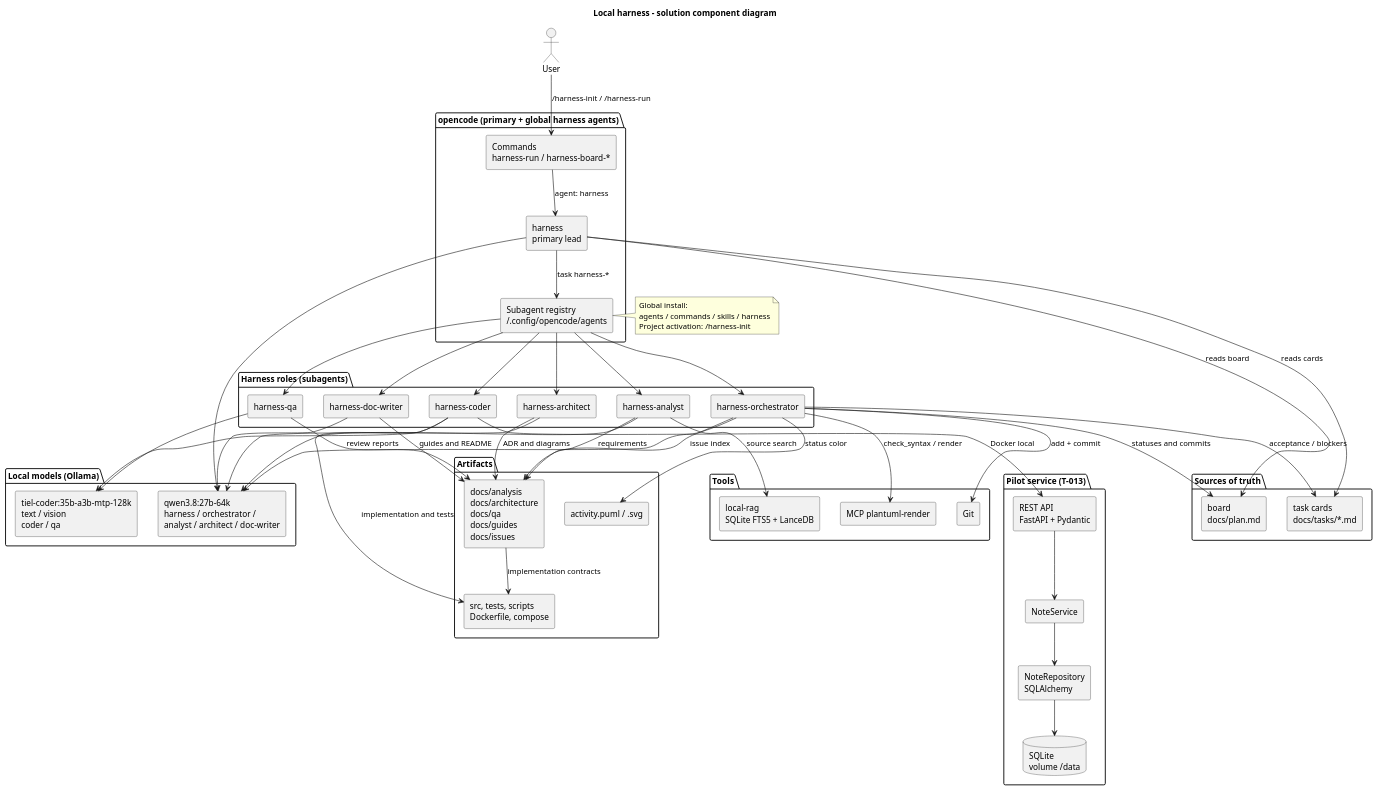
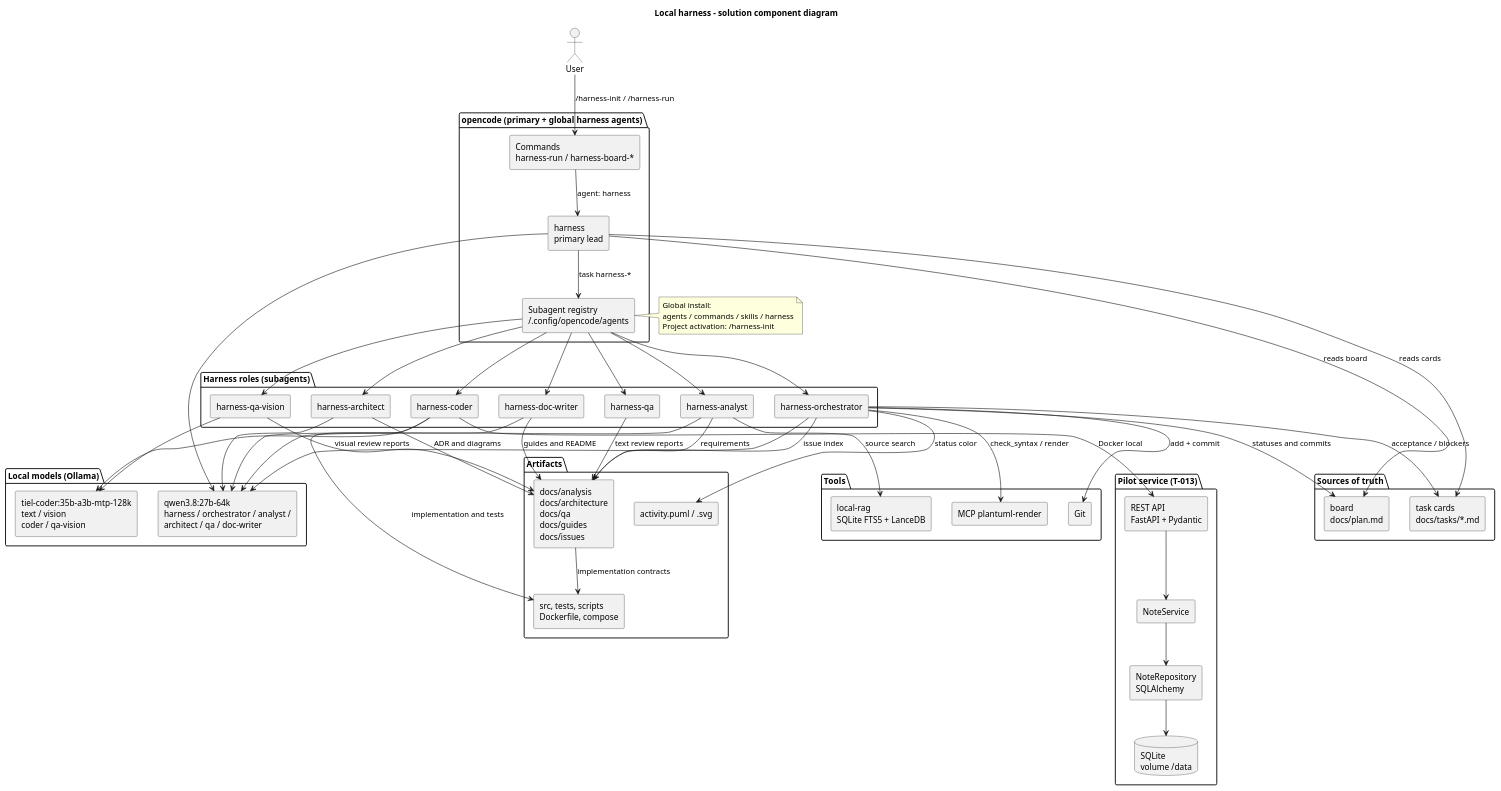
One commit to serge-sasov/harness changed the diagram in docs/description/diagrams/components-harness.puml. Above: the diagram before and after it, drawn with PlantUML. The commit also changed 17 other files, not shown here.

Commit message:
feat: add harness-qa-vision subagent

```diff
--- a/docs/description/diagrams/components-harness.puml
+++ b/docs/description/diagrams/components-harness.puml
@@ -1,98 +1,101 @@
 @startuml
 skinparam defaultFontName Segoe UI
 skinparam componentStyle rectangle
 title Local harness - solution component diagram
 
 actor "User" as user
 
 package "opencode (primary + global harness agents)" {
   component "Commands\nharness-run / harness-board-*" as commands
   component "harness\nprimary lead" as lead
   component "Subagent registry\n~/.config/opencode/agents" as registry
 }
 
 package "Harness roles (subagents)" {
   component "harness-orchestrator" as orch
   component "harness-analyst" as analyst
   component "harness-architect" as architect
   component "harness-coder" as coder
   component "harness-qa" as qa
+  component "harness-qa-vision" as qavision
   component "harness-doc-writer" as docwriter
 }
 
 package "Local models (Ollama)" {
-  component "qwen3.8:27b-64k\nharness / orchestrator /\nanalyst / architect / doc-writer" as qwen
-  component "tiel-coder:35b-a3b-mtp-128k\ntext / vision\ncoder / qa" as tiel
+  component "qwen3.8:27b-64k\nharness / orchestrator / analyst /\narchitect / qa / doc-writer" as qwen
+  component "tiel-coder:35b-a3b-mtp-128k\ntext / vision\ncoder / qa-vision" as tiel
 }
 
 package "Sources of truth" {
   component "board\ndocs/plan.md" as board
   component "task cards\ndocs/tasks/*.md" as cards
 }
 
 package "Artifacts" {
   component "docs/analysis\ndocs/architecture\ndocs/qa\ndocs/guides\ndocs/issues" as docs
   component "src, tests, scripts\nDockerfile, compose" as code
   component "activity.puml / .svg" as activity
 }
 
 package "Tools" {
   component "MCP plantuml-render" as puml
   component "local-rag\nSQLite FTS5 + LanceDB" as rag
   component "Git" as git
 }
 
 package "Pilot service (T-013)" {
   component "REST API\nFastAPI + Pydantic" as api
   component "NoteService" as svc
   component "NoteRepository\nSQLAlchemy" as repo
   database "SQLite\nvolume /data" as db
 }
 
 user --> commands : /harness-init / /harness-run
 commands --> lead : agent: harness
 lead --> registry : task harness-*
 lead --> board : reads board
 lead --> cards : reads cards
 lead --> qwen
 registry --> orch
 registry --> analyst
 registry --> architect
 registry --> coder
 registry --> qa
+registry --> qavision
 registry --> docwriter
 
 orch --> qwen
 analyst --> qwen
 architect --> qwen
 docwriter --> qwen
 coder --> tiel
-qa --> tiel
+qavision --> tiel
 
 orch --> board : statuses and commits
 orch --> cards : acceptance / blockers
 orch --> activity : status color
 orch --> docs : issue index
 orch --> puml : check_syntax / render
 orch --> git : add + commit
 
 analyst --> rag : source search
 analyst --> docs : requirements
 architect --> docs : ADR and diagrams
-qa --> docs : review reports
+qa --> docs : text review reports
+qavision --> docs : visual review reports
 docwriter --> docs : guides and README
 
 coder --> code : implementation and tests
 coder --> api : Docker local
 api --> svc
 svc --> repo
 repo --> db
 
 docs --> code : implementation contracts
 
 note right of registry
   Global install:
   agents / commands / skills / harness
   Project activation: /harness-init
 end note
 @enduml
```
